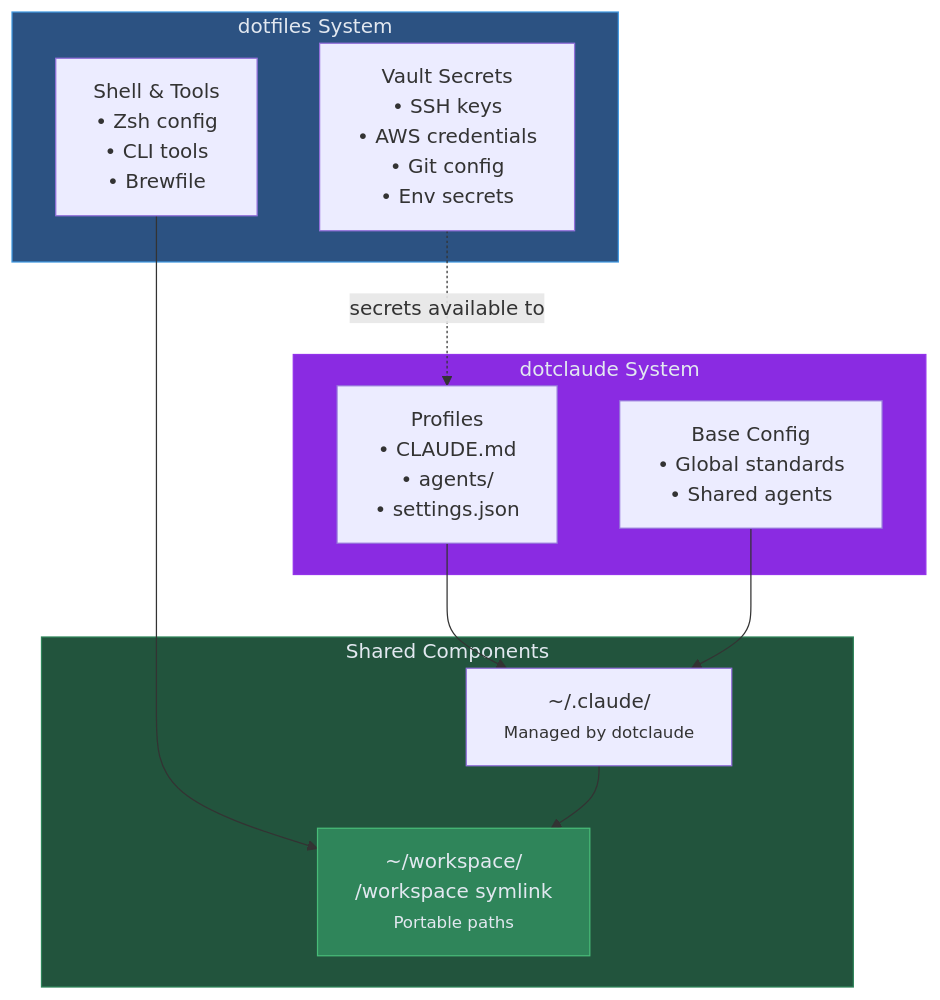
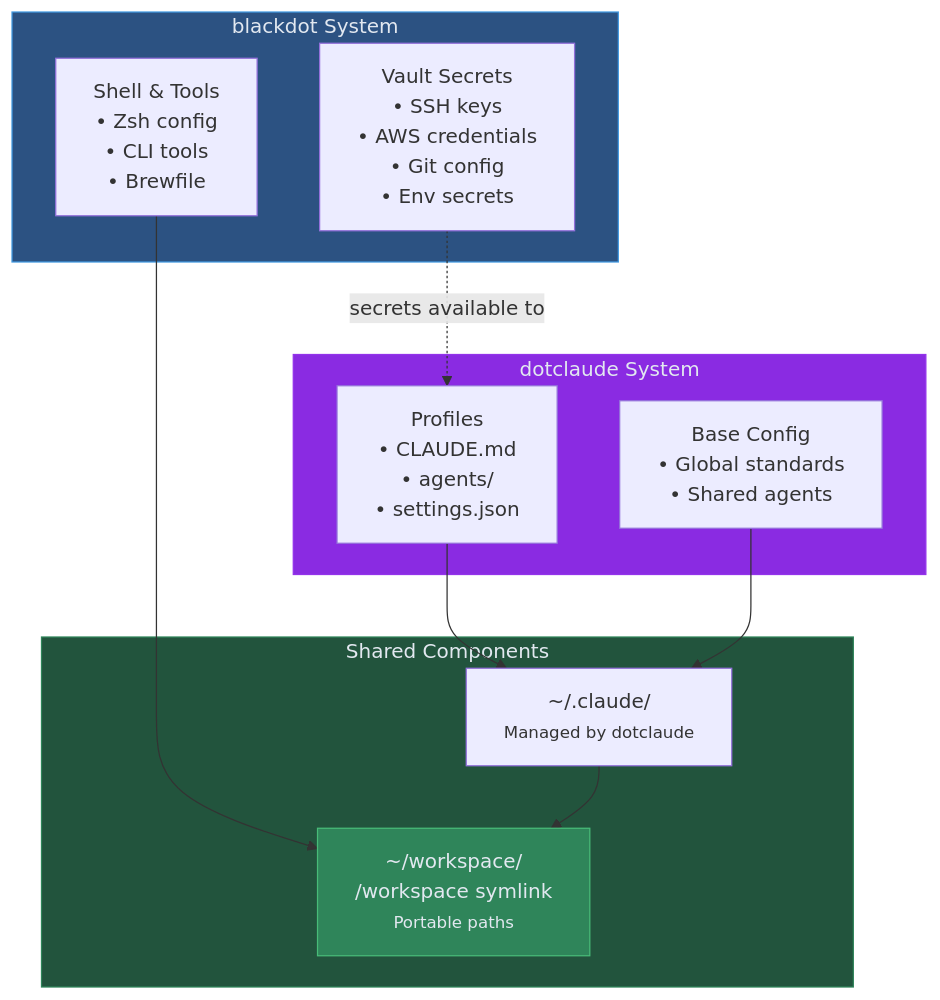
The diagram in docs/DOTCLAUDE-INTEGRATION.md (blackwell-systems/blackdot), drawn with Mermaid before and after one commit. The commit also changed other lines of this file and 10 other files, not shown here.

````diff
--- a/docs/DOTCLAUDE-INTEGRATION.md
+++ b/docs/DOTCLAUDE-INTEGRATION.md
@@ -14,28 +14,28 @@
 ```mermaid
 flowchart TB
     subgraph dotclaude["dotclaude System"]
         profiles["Profiles<br/>• CLAUDE.md<br/>• agents/<br/>• settings.json"]
         base["Base Config<br/>• Global standards<br/>• Shared agents"]
     end
 
-    subgraph dotfiles["dotfiles System"]
+    subgraph blackdot["blackdot System"]
         vault["Vault Secrets<br/>• SSH keys<br/>• AWS credentials<br/>• Git config<br/>• Env secrets"]
         shell["Shell & Tools<br/>• Zsh config<br/>• CLI tools<br/>• Brewfile"]
     end
 
     subgraph shared["Shared Components"]
         workspace["~/workspace/<br/>/workspace symlink<br/><small>Portable paths</small>"]
         claude_dir["~/.claude/<br/><small>Managed by dotclaude</small>"]
     end
 
     profiles --> claude_dir
     base --> claude_dir
     vault -.->|"secrets available to"| profiles
     shell --> workspace
     claude_dir --> workspace
 
     style dotclaude fill:#8A2BE2,stroke:#9333EA,color:#e2e8f0
-    style dotfiles fill:#2c5282,stroke:#4299e1,color:#e2e8f0
+    style blackdot fill:#2c5282,stroke:#4299e1,color:#e2e8f0
     style shared fill:#22543d,stroke:#2f855a,color:#e2e8f0
     style workspace fill:#2f855a,stroke:#48bb78,color:#e2e8f0
 ```
````
